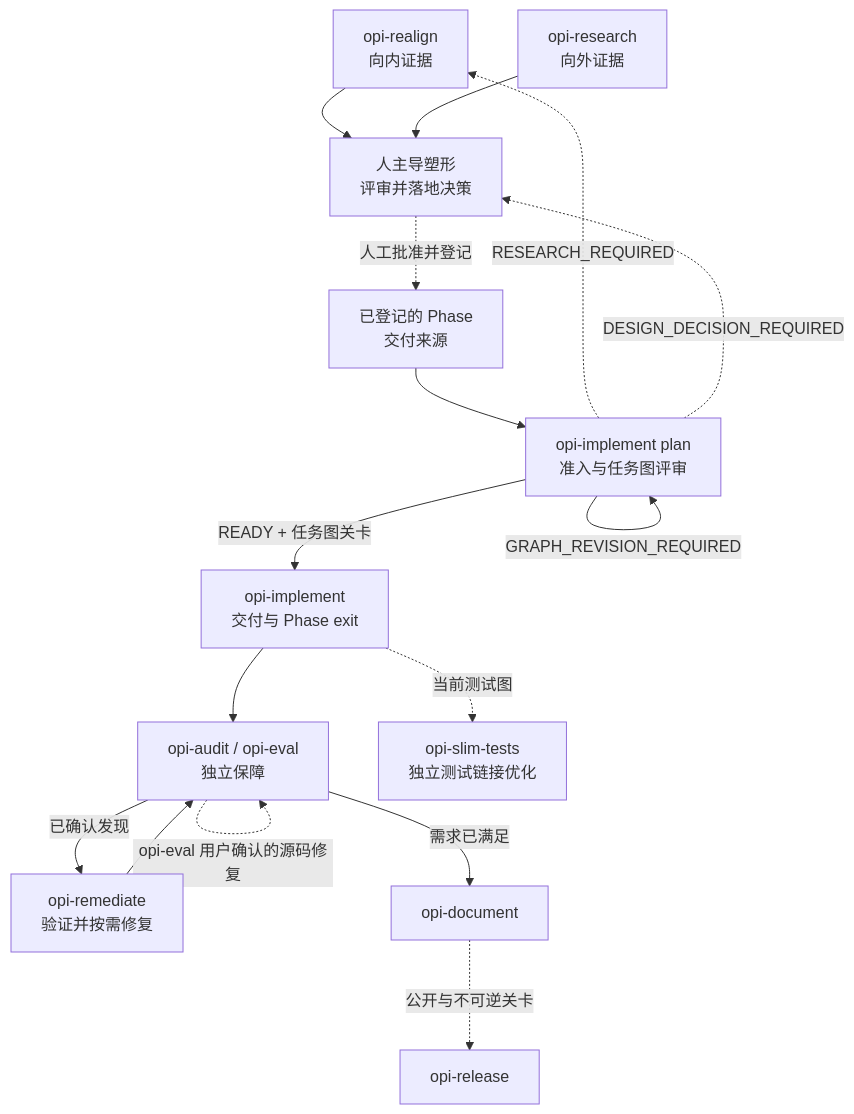
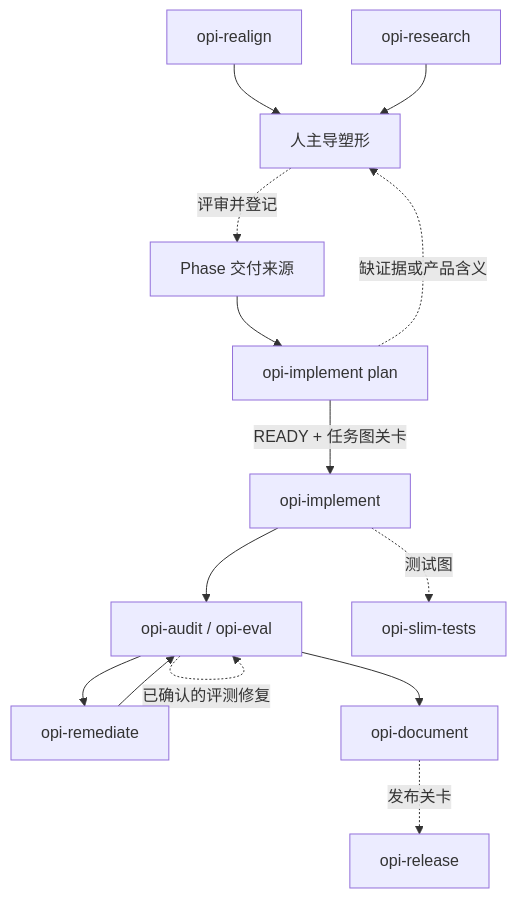
One commit to OdradekAI/opi changed the diagram in .agents/skills/README.zh.md. Above: the diagram before and after it, drawn with Mermaid. The commit also changed other lines of this file and 26 other files, not shown here.

````diff
--- a/.agents/skills/README.zh.md
+++ b/.agents/skills/README.zh.md
@@ -32,30 +20,16 @@
 ```mermaid
 flowchart TD
-    RI[opi-realign<br/>向内证据]
-    RO[opi-research<br/>向外证据]
-    SH[人主导塑形<br/>评审并落地决策]
-    SRC[已登记的 Phase<br/>交付来源]
-    PLAN[opi-implement plan<br/>准入与任务图评审]
-    EXEC[opi-implement<br/>交付与 Phase exit]
-    ASSURE[opi-audit / opi-eval<br/>独立保障]
-    FIX[opi-remediate<br/>验证并按需修复]
-    DOC[opi-document]
-    REL[opi-release]
-    SLIM[opi-slim-tests<br/>独立测试链接优化]
-
-    RI --> SH
-    RO --> SH
-    SH -. 人工批准并登记 .-> SRC
-    SRC --> PLAN
-    PLAN -->|READY + 任务图关卡| EXEC
-    PLAN -. RESEARCH_REQUIRED .-> RI
-    PLAN -. DESIGN_DECISION_REQUIRED .-> SH
-    PLAN -->|GRAPH_REVISION_REQUIRED| PLAN
-    EXEC --> ASSURE
-    ASSURE -. opi-eval 用户确认的源码修复 .-> ASSURE
-    ASSURE -->|已确认发现| FIX
+    RI[opi-realign] --> SH[人主导塑形]
+    RO[opi-research] --> SH
+    SH -. 评审并登记 .-> SRC[Phase 交付来源]
+    SRC --> PLAN[opi-implement plan]
+    PLAN -->|READY + 任务图关卡| EXEC[opi-implement]
+    PLAN -. 缺证据或产品含义 .-> SH
+    EXEC --> ASSURE[opi-audit / opi-eval]
+    ASSURE -. 已确认的评测修复 .-> ASSURE
+    ASSURE --> FIX[opi-remediate]
     FIX --> ASSURE
-    ASSURE -->|需求已满足| DOC
-    DOC -. 公开与不可逆关卡 .-> REL
-    EXEC -. 当前测试图 .-> SLIM
+    ASSURE --> DOC[opi-document]
+    DOC -. 发布关卡 .-> REL[opi-release]
+    EXEC -. 测试图 .-> SLIM[opi-slim-tests]
 ```
````
